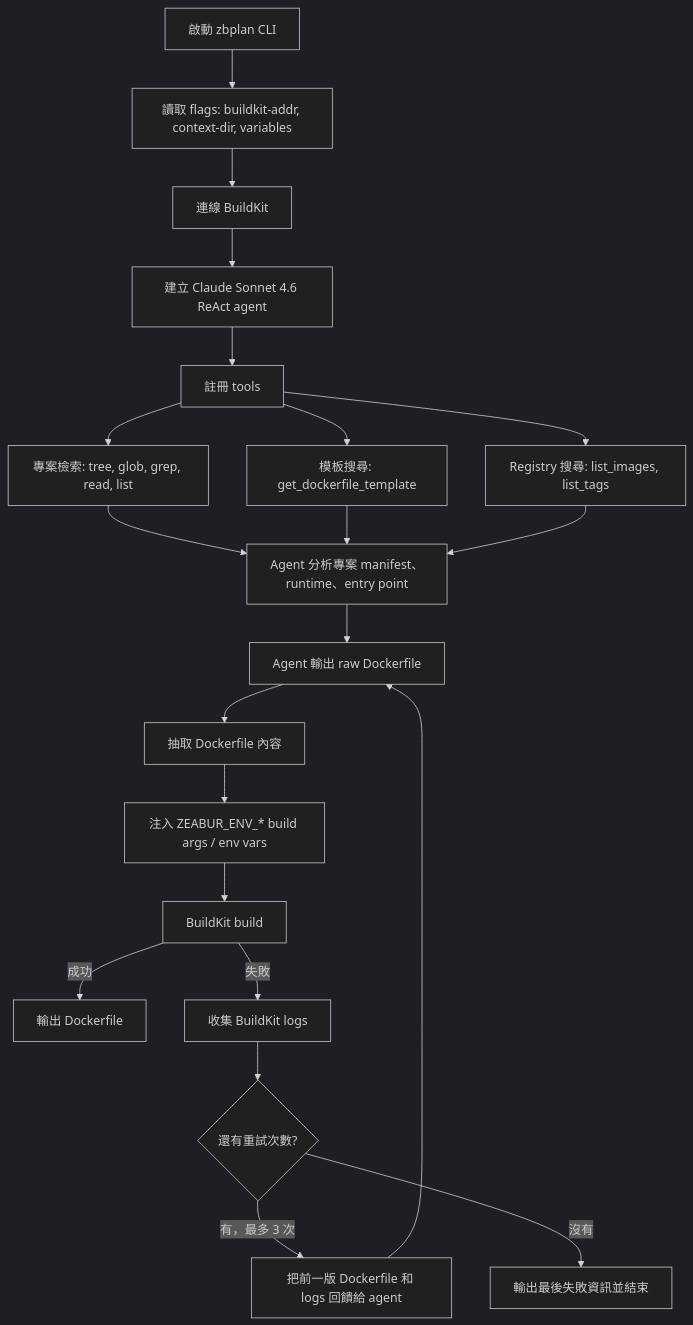
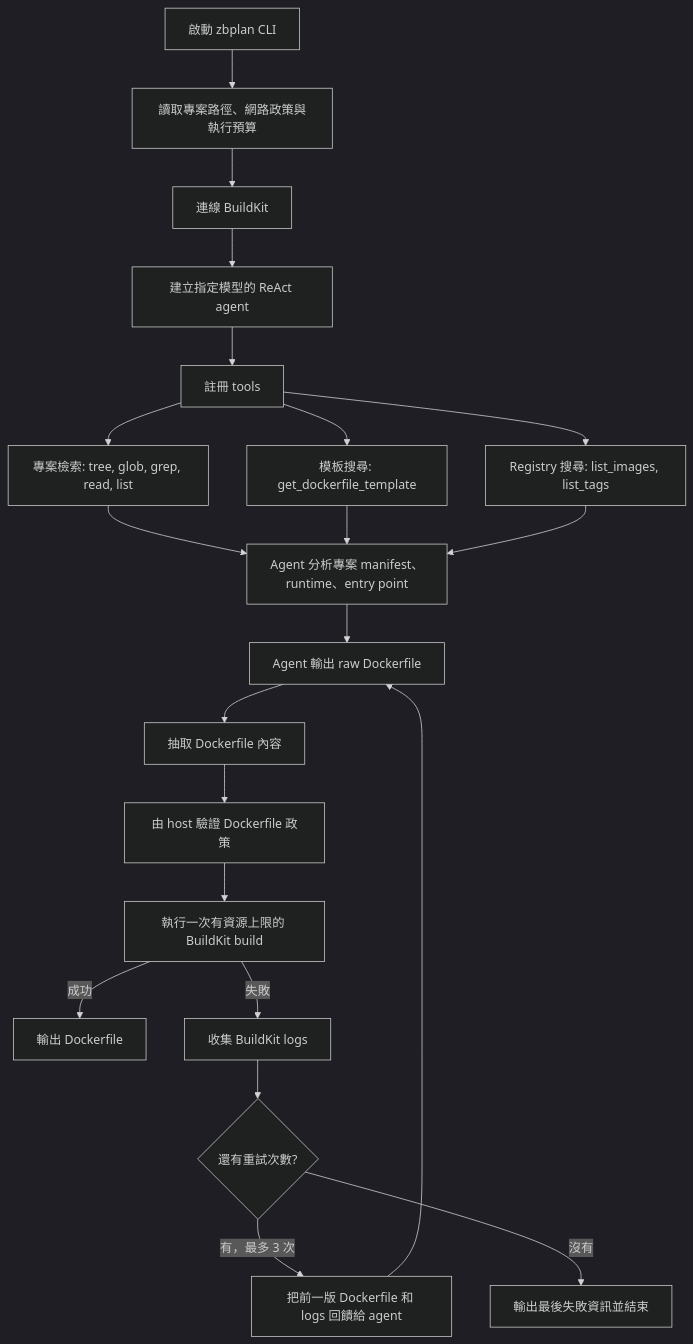
One commit to zeabur/zbplan changed the diagram in README.zh-TW.md. Above: the diagram before and after it, drawn with Mermaid (dark theme). The commit also changed other lines of this file and 26 other files, not shown here.

````diff
--- a/README.zh-TW.md
+++ b/README.zh-TW.md
@@ -86,27 +86,27 @@
 ```mermaid
 flowchart TD
-    A[啟動 zbplan CLI] --> B[讀取 flags: buildkit-addr, context-dir, variables]
+    A[啟動 zbplan CLI] --> B[讀取專案路徑、網路政策與執行預算]
     B --> C[連線 BuildKit]
-    C --> D[建立 Claude Sonnet 4.6 ReAct agent]
+    C --> D[建立指定模型的 ReAct agent]
     D --> E[註冊 tools]
 
     E --> E1[專案檢索: tree, glob, grep, read, list]
     E --> E2[模板搜尋: get_dockerfile_template]
     E --> E3[Registry 搜尋: list_images, list_tags]
 
     E1 --> F[Agent 分析專案 manifest、runtime、entry point]
     E2 --> F
     E3 --> F
 
     F --> G[Agent 輸出 raw Dockerfile]
     G --> H[抽取 Dockerfile 內容]
-    H --> I[注入 ZEABUR_ENV_* build args / env vars]
-    I --> J[BuildKit build]
+    H --> I[由 host 驗證 Dockerfile 政策]
+    I --> J[執行一次有資源上限的 BuildKit build]
 
     J -->|成功| K[輸出 Dockerfile]
     J -->|失敗| L[收集 BuildKit logs]
     L --> M{還有重試次數?}
     M -->|有，最多 3 次| N[把前一版 Dockerfile 和 logs 回饋給 agent]
     N --> G
     M -->|沒有| O[輸出最後失敗資訊並結束]
 ```
````
